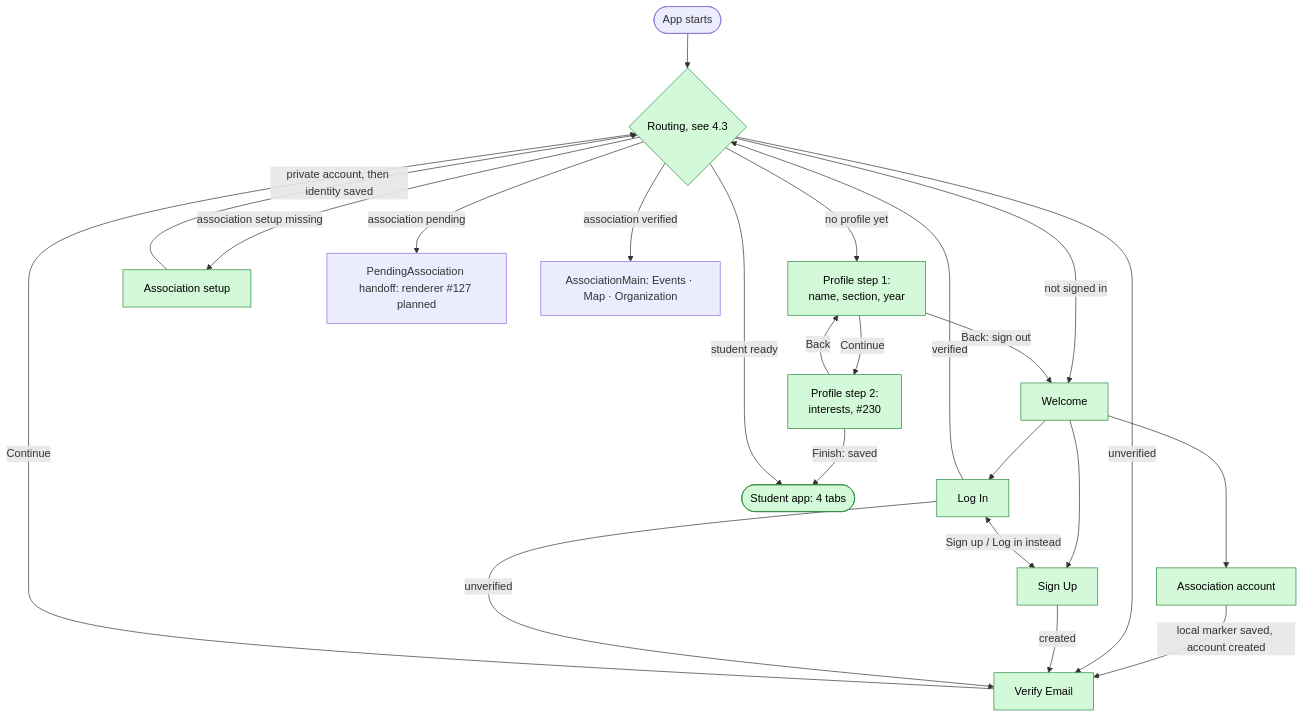
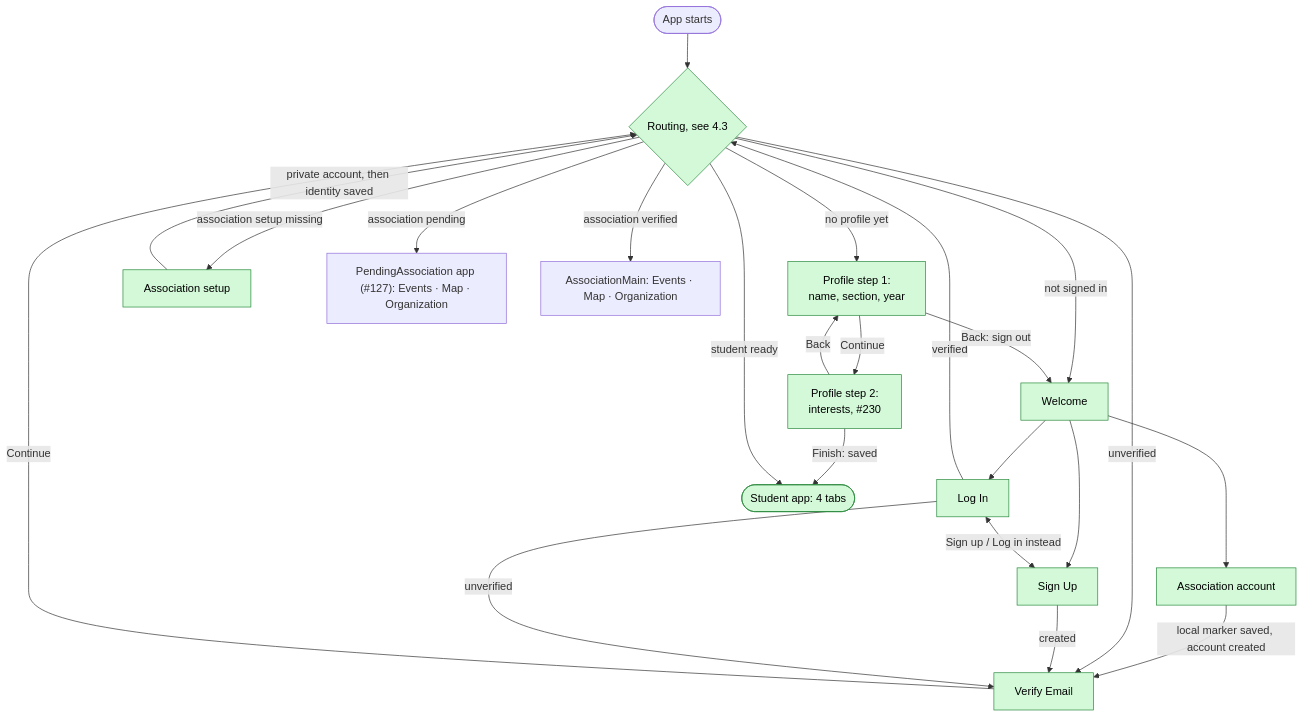
Before and after one commit to swent-polysocial/PolySocial: the first of 13 diagrams in docs/Architecture-Diagram.md, drawn with Mermaid. The commit also changed other lines of this file, not shown here.

First line of the commit message:
docs: mark the association routing as built

````diff
--- a/docs/Architecture-Diagram.md
+++ b/docs/Architecture-Diagram.md
@@ -67,26 +67,26 @@
 ```mermaid
 flowchart TB
   classDef s1 fill:#d3f9d8,stroke:#2b8a3e,color:#000
   start(["App starts"]) --> gate{"Routing, see 4.3"}:::s1
   gate -- "not signed in" --> welcome["Welcome"]:::s1
   welcome --> signup["Sign Up"]:::s1
   welcome --> associationSignup["Association account"]:::s1
   associationSignup -- "local marker saved, account created" --> verify
   welcome --> login["Log In"]:::s1
   login <-- "Sign up / Log in instead" --> signup
   gate -- "unverified" --> verify["Verify Email"]:::s1
   signup -- "created" --> verify
   login -- "unverified" --> verify
   login -- "verified" --> gate
   verify -- "Continue" --> gate
   gate -- "no profile yet" --> profile["Profile step 1:<br/>name, section, year"]:::s1
   profile -- "Continue" --> interests["Profile step 2:<br/>interests, #230"]:::s1
   interests -- "Back" --> profile
   interests -- "Finish: saved" --> main
   profile -- "Back: sign out" --> welcome
   gate -- "student ready" --> main(["Student app: 4 tabs"]):::s1
   gate -- "association setup missing" --> associationSetup["Association setup"]:::s1
   associationSetup -- "private account, then identity saved" --> gate
-  gate -- "association pending" --> pending["PendingAssociation handoff: renderer #127 planned"]
+  gate -- "association pending" --> pending["PendingAssociation app (#127): Events · Map · Organization"]
   gate -- "association verified" --> associationMain["AssociationMain: Events · Map · Organization"]
 ```
````
